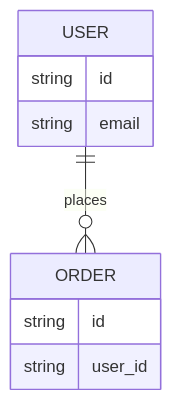
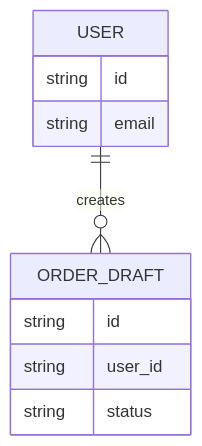
The diagram in packages/qfai/assets/init/.qfai/assistant/skills/qfai-sdd/templates/specs/_shared/05_Contracts.md (aganesy/QFAI), drawn with Mermaid before and after one commit. The commit also changed other lines of this file and 8 other files, not shown here.

````diff
--- a/packages/qfai/assets/init/.qfai/assistant/skills/qfai-sdd/templates/specs/_shared/05_Contracts.md
+++ b/packages/qfai/assets/init/.qfai/assistant/skills/qfai-sdd/templates/specs/_shared/05_Contracts.md
@@ -10,12 +38,13 @@
 ```mermaid
 erDiagram
-  USER ||--o{ ORDER : places
+  USER ||--o{ ORDER_DRAFT : creates
   USER {
     string id
     string email
   }
-  ORDER {
+  ORDER_DRAFT {
     string id
     string user_id
+    string status
   }
 ```
````
